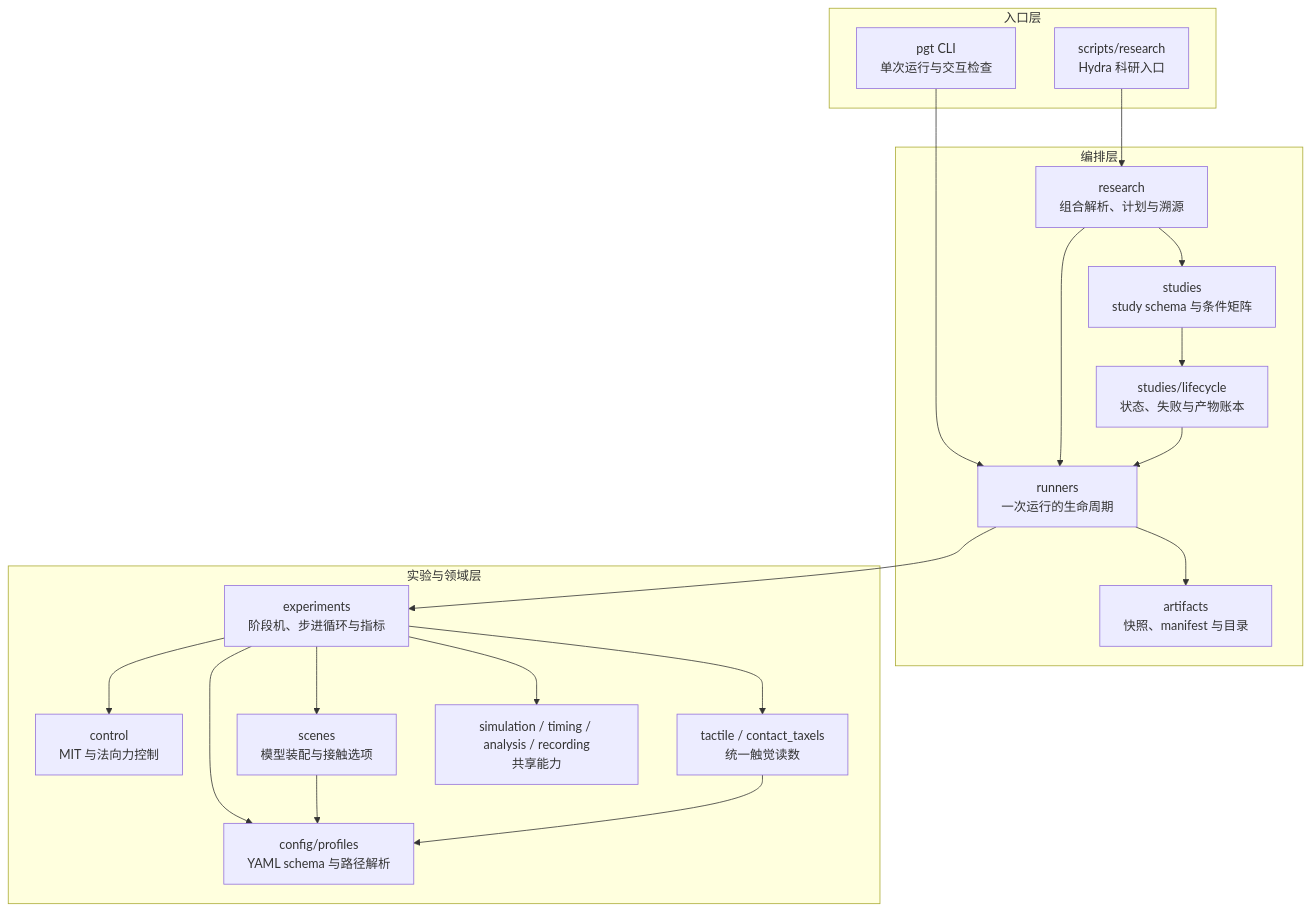
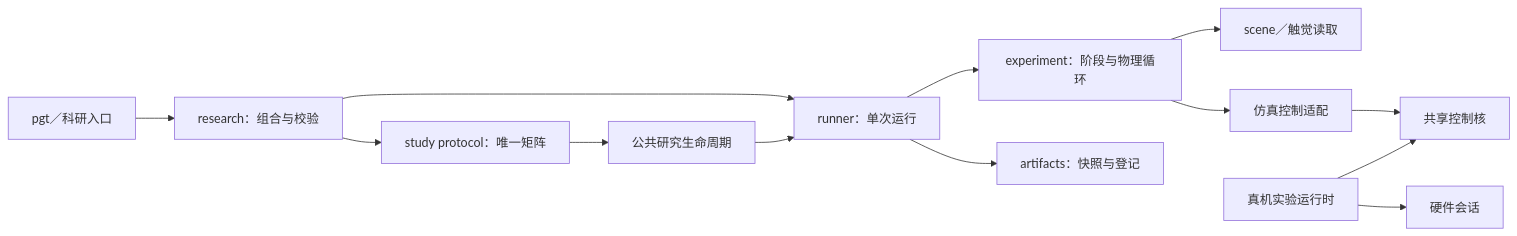
One commit to langxin11/parallel_gripper_tactile changed the diagram in docs/architecture.md. Above: the diagram before and after it, drawn with Mermaid. The commit also changed other lines of this file and 25 other files, not shown here.

````diff
--- a/docs/architecture.md
+++ b/docs/architecture.md
@@ -7,40 +5,15 @@
 ```mermaid
-flowchart TB
-  subgraph Entry[入口层]
-    CLI["pgt CLI<br/>单次运行与交互检查"]
-    Research["scripts/research<br/>Hydra 科研入口"]
-  end
-
-  subgraph Orchestration[编排层]
-    Resolve["research<br/>组合解析、计划与溯源"]
-    Study["studies<br/>study schema 与条件矩阵"]
-    Lifecycle["studies/lifecycle<br/>状态、失败与产物账本"]
-    Runner["runners<br/>一次运行的生命周期"]
-    Artifacts["artifacts<br/>快照、manifest 与目录"]
-  end
-
-  subgraph Domain[实验与领域层]
-    Experiments["experiments<br/>阶段机、步进循环与指标"]
-    Control["control<br/>MIT 与法向力控制"]
-    Tactile["tactile / contact_taxels<br/>统一触觉读数"]
-    Scenes["scenes<br/>模型装配与接触选项"]
-    Profiles["config/profiles<br/>YAML schema 与路径解析"]
-    Shared["simulation / timing / analysis / recording<br/>共享能力"]
-  end
-
-  CLI --> Runner
-  Research --> Resolve
-  Resolve --> Runner
-  Resolve --> Study
-  Study --> Lifecycle
-  Lifecycle --> Runner
-  Runner --> Artifacts
-  Runner --> Experiments
-  Experiments --> Control
-  Experiments --> Tactile
-  Experiments --> Scenes
-  Experiments --> Profiles
-  Experiments --> Shared
-  Scenes --> Profiles
-  Tactile --> Profiles
+flowchart LR
+  Entry["pgt／科研入口"] --> Config["research：组合与校验"]
+  Config --> Study["study protocol：唯一矩阵"]
+  Study --> Life["公共研究生命周期"]
+  Config --> Runner["runner：单次运行"]
+  Life --> Runner
+  Runner --> Experiment["experiment：阶段与物理循环"]
+  Runner --> Artifacts["artifacts：快照与登记"]
+  Experiment --> Scene["scene／触觉读取"]
+  Experiment --> Adapter["仿真控制适配"]
+  Adapter --> Core["共享控制核"]
+  Hardware["真机实验运行时"] --> Core
+  Hardware --> Device["硬件会话"]
 ```
````
